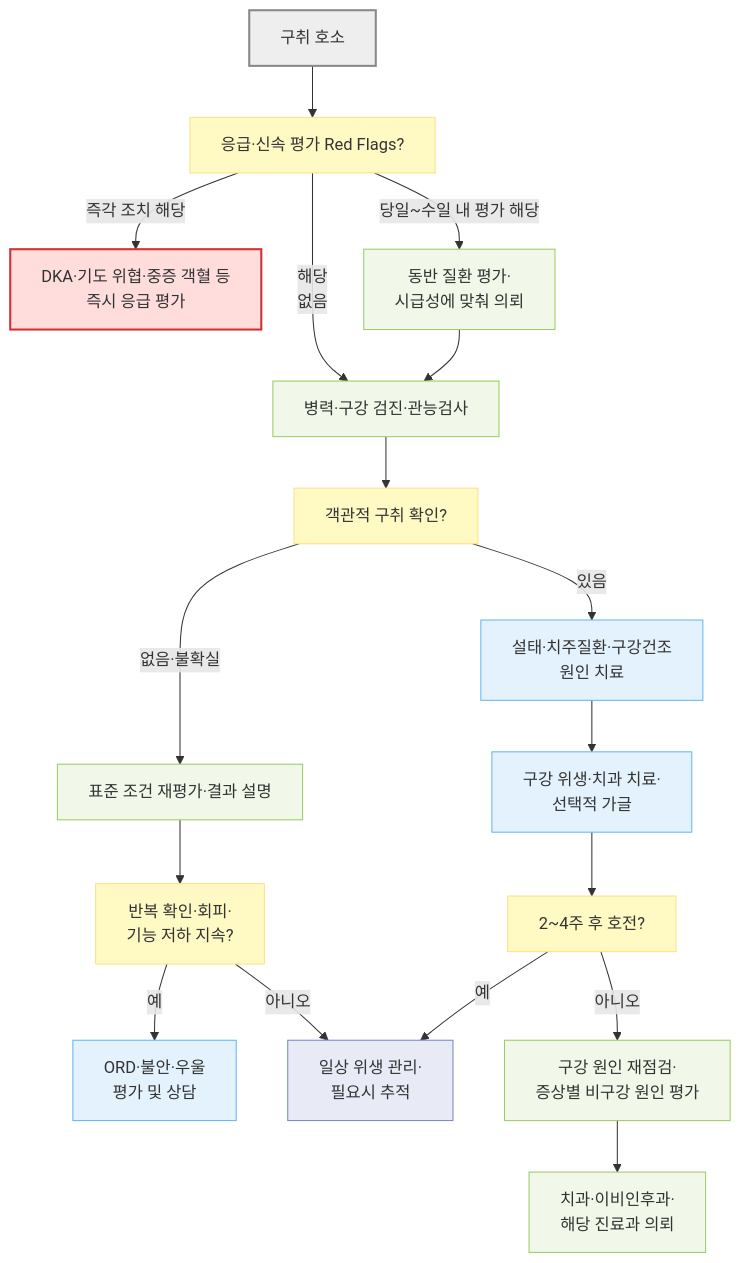
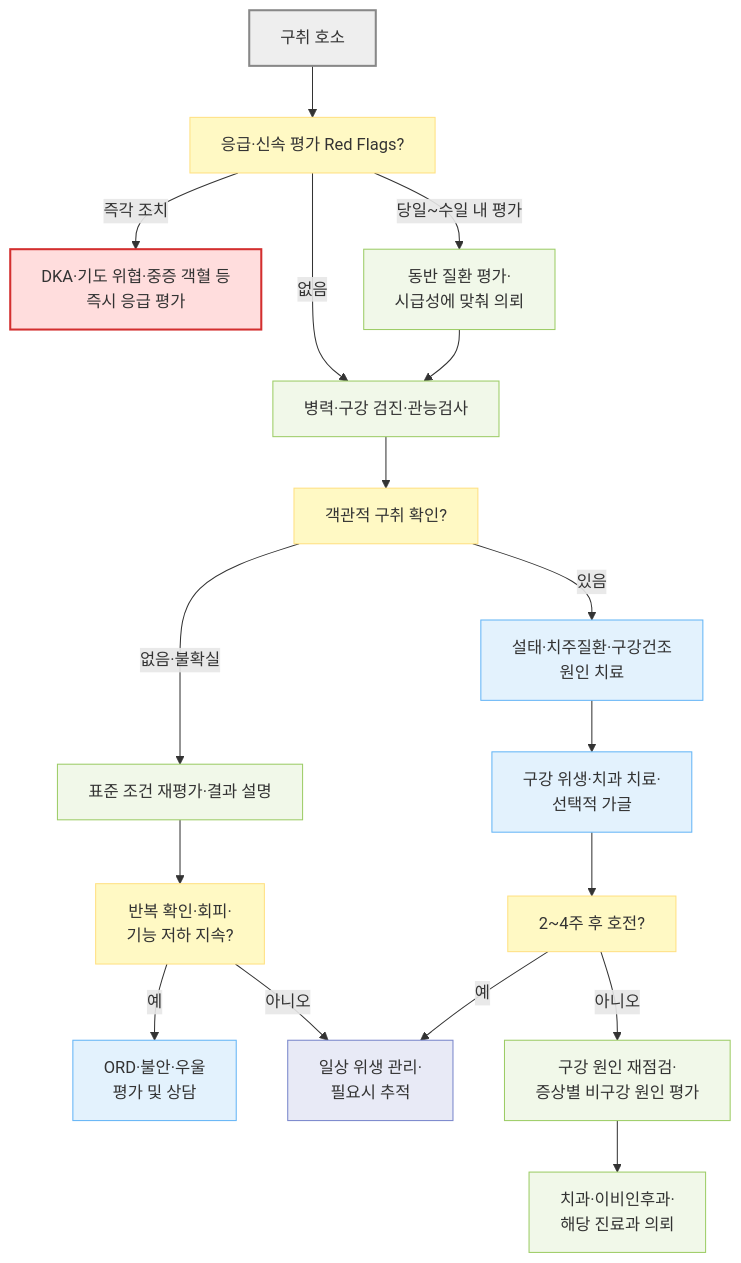
Before and after one commit to familyoh77/familyoh77: the diagram in 220_/004_-halitosis-bad-breath.md, drawn with Mermaid. The commit also changed other lines of this file, not shown here.

````diff
--- a/220_/004_-halitosis-bad-breath.md
+++ b/220_/004_-halitosis-bad-breath.md
@@ -174,31 +174,31 @@
 ```mermaid
 flowchart TD
     A["구취 호소"] --> B["응급·신속 평가 Red Flags?"]
-    B -- "즉각 조치 해당" --> C["DKA·기도 위협·중증 객혈 등 <br/>즉시 응급 평가"]
-    B -- "당일~수일 내 평가 해당" --> D["동반 질환 평가·<br/>시급성에 맞춰 의뢰"]
-    B -- "해당<br/>없음" --> E["병력·구강 검진·관능검사"]
+    B -- "즉각 조치" --> C["DKA·기도 위협·중증 객혈 등 <br/>즉시 응급 평가"]
+    B -- "당일~수일 내 평가" --> D["동반 질환 평가·<br/>시급성에 맞춰 의뢰"]
+    B -- "없음" --> E["병력·구강 검진·관능검사"]
     D --> E
     E --> F["객관적 구취 확인?"]
     F -- "없음·불확실" --> G["표준 조건 재평가·결과 설명"]
     G --> H["반복 확인·회피·<br/>기능 저하 지속?"]
     H -- "예" --> I["ORD·불안·우울 <br/>평가 및 상담"]
     H -- "아니오" --> J["일상 위생 관리·<br/>필요시 추적"]
     F -- "있음" --> K["설태·치주질환·구강건조 <br/>원인 치료"]
     K --> L["구강 위생·치과 치료·<br/>선택적 가글"]
     L --> M["2~4주 후 호전?"]
     M -- "예" --> J
     M -- "아니오" --> N["구강 원인 재점검·<br/>증상별 비구강 원인 평가"]
     N --> O["치과·이비인후과·<br/>해당 진료과 의뢰"]
     classDef start fill:#eeeeee,stroke:#888888,stroke-width:2px
     classDef question fill:#fff9c4,stroke:#ffe082
     classDef emergency fill:#ffdddd,stroke:#d32f2f,stroke-width:2px
     classDef evaluation fill:#f1f8e9,stroke:#9ccc65
     classDef treatment fill:#e3f2fd,stroke:#64b5f6
     classDef followup fill:#e8eaf6,stroke:#7986cb
     class A start
     class B,F,H,M question
     class C emergency
     class D,E,G,N,O evaluation
     class I,K,L treatment
     class J followup
 ```
````
